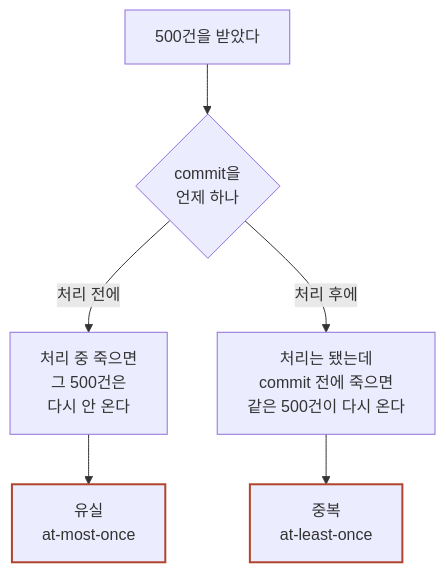
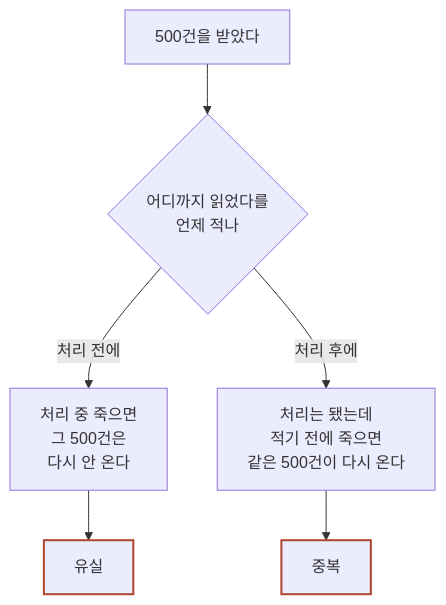
Before and after one commit to chkimsu/adtech-blog: the second of 2 diagrams in posts/kafka-log-pipeline.md, drawn with Mermaid. The commit also changed other lines of this file and 5 other files, not shown here.

````diff
--- a/posts/kafka-log-pipeline.md
+++ b/posts/kafka-log-pipeline.md
@@ -505,10 +214,10 @@
 ```mermaid
 flowchart TD
-  P["500건을 받았다"] --> Q{"commit을<br/>언제 하나"}
+  P["500건을 받았다"] --> Q{"어디까지 읽었다를<br/>언제 적나"}
   Q -- "처리 전에" --> A1["처리 중 죽으면<br/>그 500건은<br/>다시 안 온다"]
-  A1 --> R1["유실<br/>at-most-once"]
-  Q -- "처리 후에" --> A2["처리는 됐는데<br/>commit 전에 죽으면<br/>같은 500건이 다시 온다"]
-  A2 --> R2["중복<br/>at-least-once"]
+  A1 --> R1["유실"]
+  Q -- "처리 후에" --> A2["처리는 됐는데<br/>적기 전에 죽으면<br/>같은 500건이 다시 온다"]
+  A2 --> R2["중복"]
   classDef bad stroke:#b0442c,stroke-width:2px
   class R1,R2 bad
 ```
````
